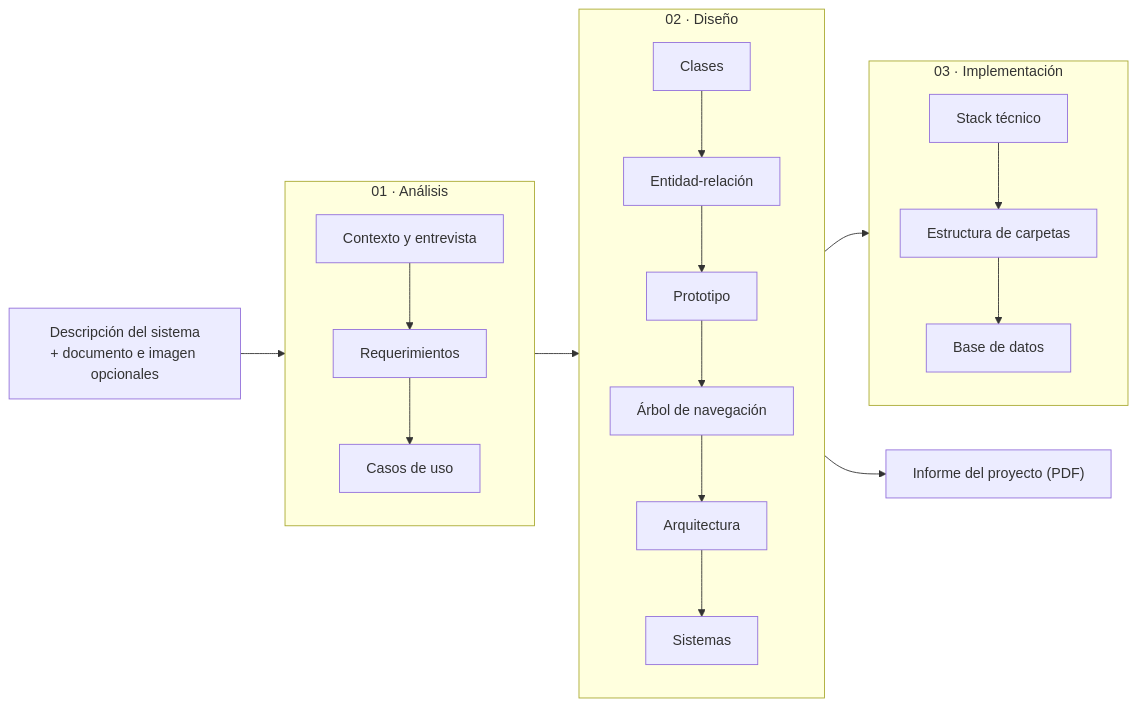
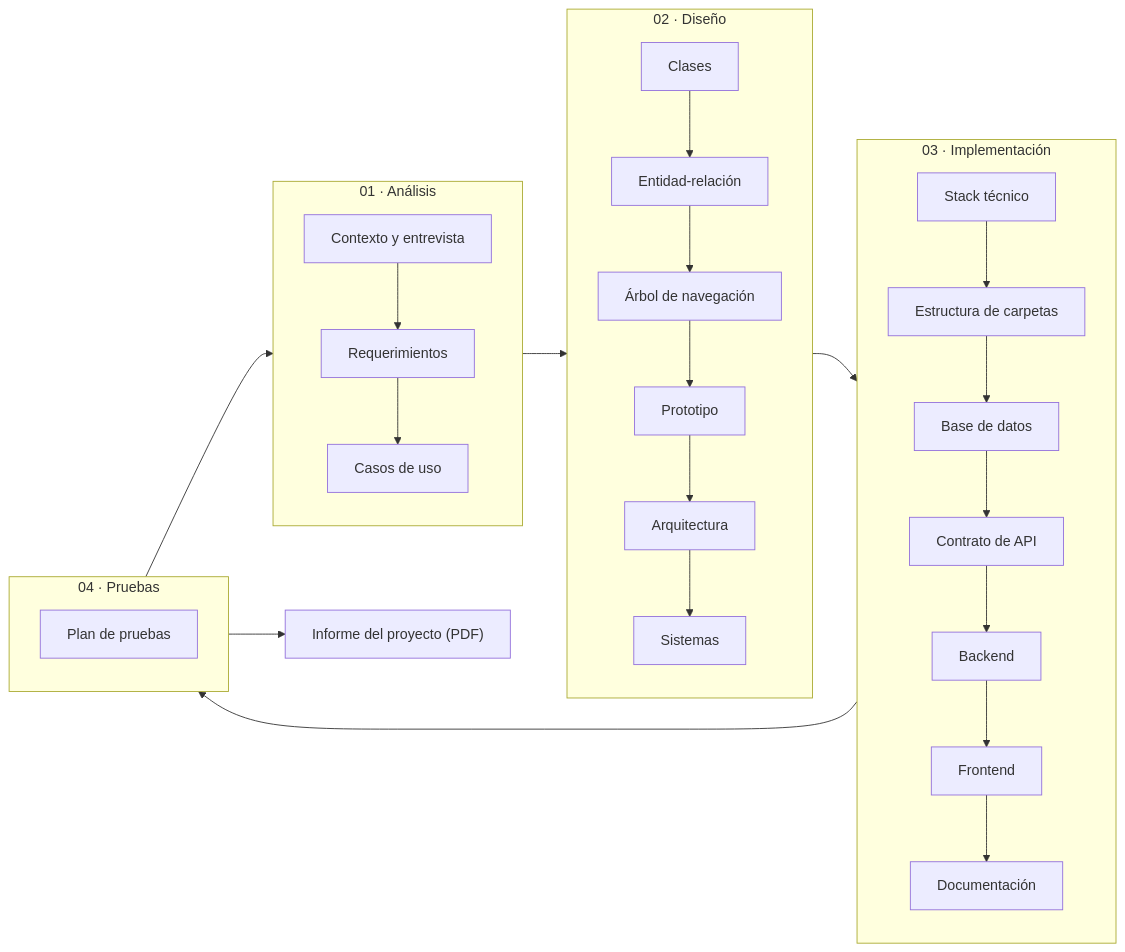
The diagram in docs-site/docs/index.md (carlitosgiovanniramos/icase-tool), drawn with Mermaid before and after one commit. The commit also changed other lines of this file and 23 other files, not shown here.

First line of the commit message:
Documentación al día: Implementación completa, Pruebas, API, IA e instalación

````diff
--- a/docs-site/docs/index.md
+++ b/docs-site/docs/index.md
@@ -29,15 +30,18 @@
 ```mermaid
 flowchart LR
     D["Descripción del sistema<br/>+ documento e imagen opcionales"] --> A
     subgraph A["01 · Análisis"]
         A1["Contexto y entrevista"] --> A2["Requerimientos"] --> A3["Casos de uso"]
     end
     subgraph B["02 · Diseño"]
-        B1["Clases"] --> B2["Entidad-relación"] --> B3["Prototipo"] --> B4["Árbol de navegación"] --> B5["Arquitectura"] --> B6["Sistemas"]
+        B1["Clases"] --> B2["Entidad-relación"] --> B3["Árbol de navegación"] --> B4["Prototipo"] --> B5["Arquitectura"] --> B6["Sistemas"]
     end
     subgraph C["03 · Implementación"]
-        C1["Stack técnico"] --> C2["Estructura de carpetas"] --> C3["Base de datos"]
+        C1["Stack técnico"] --> C2["Estructura de carpetas"] --> C3["Base de datos"] --> C4["Contrato de API"] --> C5["Backend"] --> C6["Frontend"] --> C7["Documentación"]
     end
-    A --> B --> C
-    B --> I["Informe del proyecto (PDF)"]
+    subgraph D["04 · Pruebas"]
+        D1["Plan de pruebas"]
+    end
+    A --> B --> C --> D
+    D --> I["Informe del proyecto (PDF)"]
 ```
````
